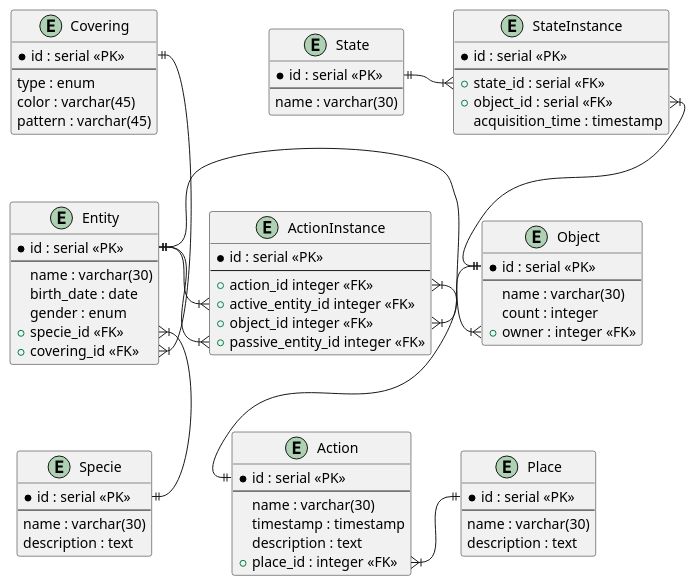
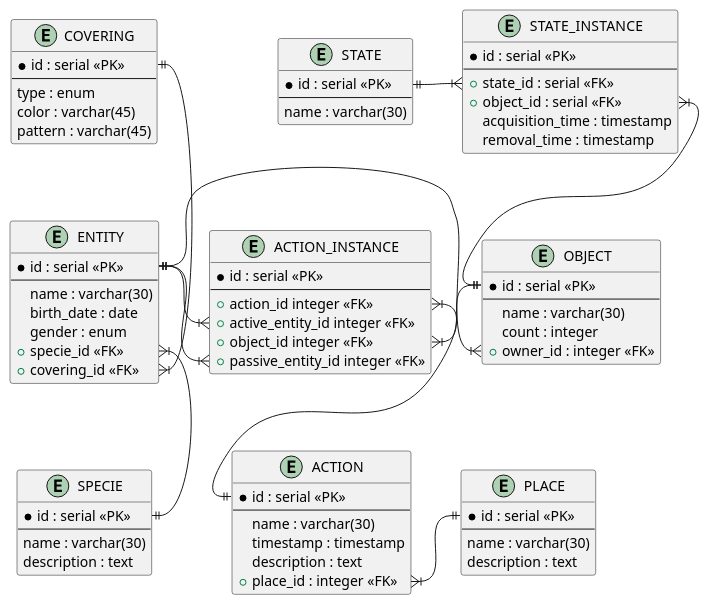
Before and after one commit to MrDvD/itmo_labs: the diagram in databases/1/er-data.puml, drawn with PlantUML. The commit also changed 2 other files, not shown here.

Commit message:
fix: changes in diagram + update checkups in script

```diff
--- a/databases/1/er-data.puml
+++ b/databases/1/er-data.puml
@@ -1,85 +1,86 @@
 @startuml name
 
-entity Entity {
+ENTITY ENTITY {
    * id : serial «PK»
    ---
    name : varchar(30)
    birth_date : date
    gender : enum
    + specie_id «FK»
    + covering_id «FK»
 }
 
-entity Covering {
+ENTITY COVERING {
    * id : serial «PK»
    ---
    type : enum
    color : varchar(45)
    pattern : varchar(45)
 }
 
-entity Action {
+ENTITY ACTION {
    * id : serial «PK»
    ---
    name : varchar(30)
    timestamp : timestamp
    description : text
    + place_id : integer «FK»
 }
 
-entity Place {
+ENTITY PLACE {
    * id : serial «PK»
    ---
    name : varchar(30)
    description : text
 }
 
-entity Object {
+ENTITY OBJECT {
    * id : serial «PK»
    ---
    name : varchar(30)
    count : integer
-   + owner : integer «FK»
+   + owner_id : integer «FK»
 }
 
-entity State {
+ENTITY STATE {
    * id : serial «PK»
    ---
    name : varchar(30)
 }
 
-entity Specie {
+ENTITY SPECIE {
    * id : serial «PK»
    ---
    name : varchar(30)
    description : text
 }
 
-entity ActionInstance {
+ENTITY ACTION_INSTANCE {
    * id : serial «PK»
    ---
    + action_id integer «FK»
    + active_entity_id integer «FK»
    + object_id integer «FK»
    + passive_entity_id integer «FK»
 }
 
-entity StateInstance {
+ENTITY STATE_INSTANCE {
    * id : serial «PK»
    ---
    + state_id : serial «FK»
    + object_id : serial «FK»
    acquisition_time : timestamp
+   removal_time : timestamp
 }
 
-Entity::specie_id }|-d-|| Specie::id
-ActionInstance::active_entity_id }|-l-|| Entity::id
-ActionInstance::passive_entity_id }|-d-|| Entity::id
-Entity::covering_id }|-u-|| Covering::id
-StateInstance::state_id }|-l-|| State::id
-StateInstance::object_id }|-d-|| Object::id
-ActionInstance::action_id }|--|| Action::id
-ActionInstance::object_id }|-r-|| Object::id
-Action::place_id }|-r-|| Place::id
-Object::owner }|-l-|| Entity::id
+ENTITY::specie_id }|-d-|| SPECIE::id
+ACTION_INSTANCE::active_entity_id }|-l-|| ENTITY::id
+ACTION_INSTANCE::passive_entity_id }|-d-|| ENTITY::id
+ENTITY::covering_id }|-u-|| COVERING::id
+STATE_INSTANCE::state_id }|-l-|| STATE::id
+STATE_INSTANCE::object_id }|-d-|| OBJECT::id
+ACTION_INSTANCE::action_id }|--|| ACTION::id
+ACTION_INSTANCE::object_id }|-r-|| OBJECT::id
+ACTION::place_id }|-r-|| PLACE::id
+OBJECT::owner_id }|-l-|| ENTITY::id
 @enduml
```
